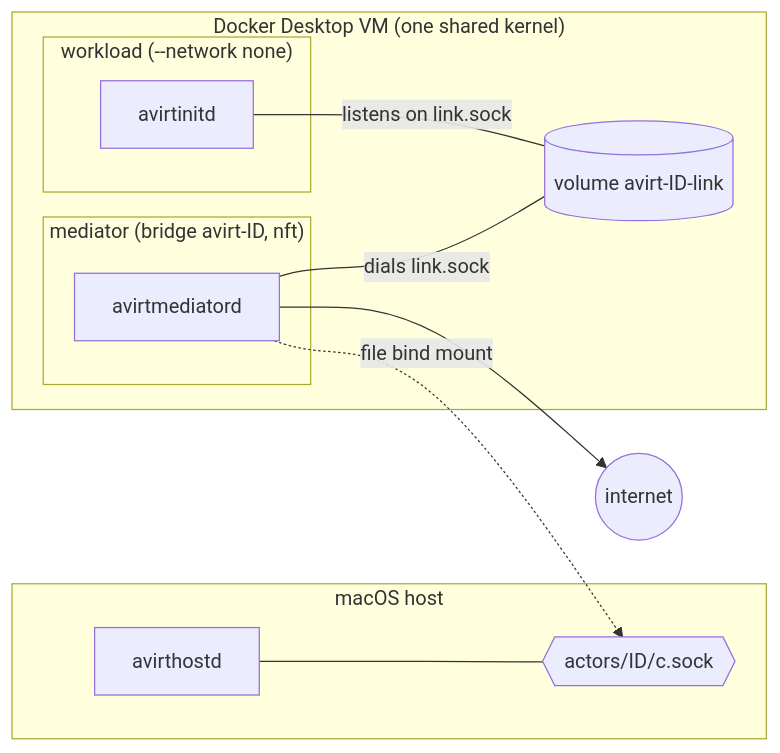
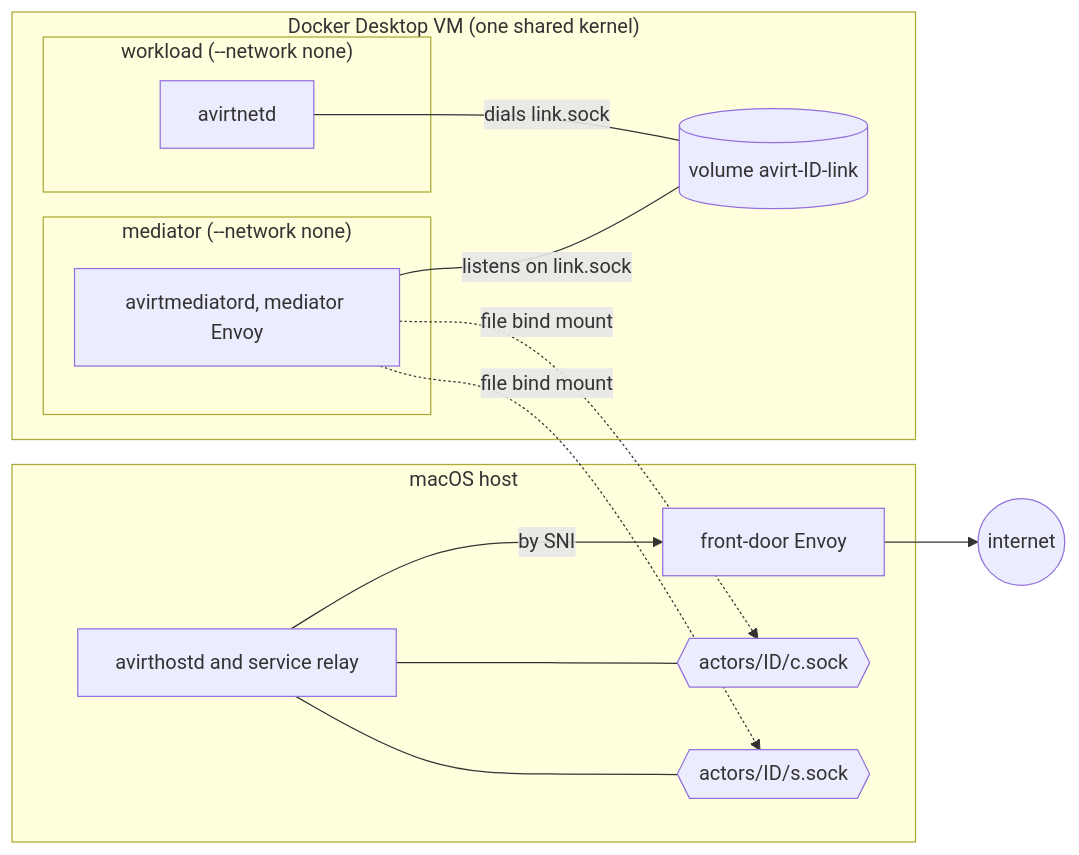
Before and after one commit to tbhb-dev/avirt: the second of 2 diagrams in docs/compute-runtimes.md, drawn with Mermaid. The commit also changed other lines of this file and 32 other files, not shown here.

First line of the commit message:
docs: plan the avirt component architecture and workspaces

````diff
--- a/docs/compute-runtimes.md
+++ b/docs/compute-runtimes.md
@@ -140,21 +163,26 @@
 ```mermaid
 flowchart LR
     subgraph mac["macOS host"]
-        hostd["avirthostd"]
+        hostd["avirthostd and service relay"]
+        fd["front-door Envoy"]
         csock{{"actors/ID/c.sock"}}
+        ssock{{"actors/ID/s.sock"}}
         hostd --- csock
+        hostd --- ssock
+        hostd -->|"by SNI"| fd
     end
     subgraph vm["Docker Desktop VM (one shared kernel)"]
         subgraph wl["workload (--network none)"]
-            avirtinitd["avirtinitd"]
+            net["avirtnetd"]
         end
         vol[("volume avirt-ID-link")]
-        subgraph med["mediator (bridge avirt-ID, nft)"]
-            s["avirtmediatord"]
+        subgraph med["mediator (--network none)"]
+            s["avirtmediatord, mediator Envoy"]
         end
-        avirtinitd ---|"listens on link.sock"| vol
-        s ---|"dials link.sock"| vol
+        net ---|"dials link.sock"| vol
+        s ---|"listens on link.sock"| vol
     end
     s -.->|"file bind mount"| csock
-    s --> net(("internet"))
+    s -.->|"file bind mount"| ssock
+    fd --> inet(("internet"))
 ```
````
